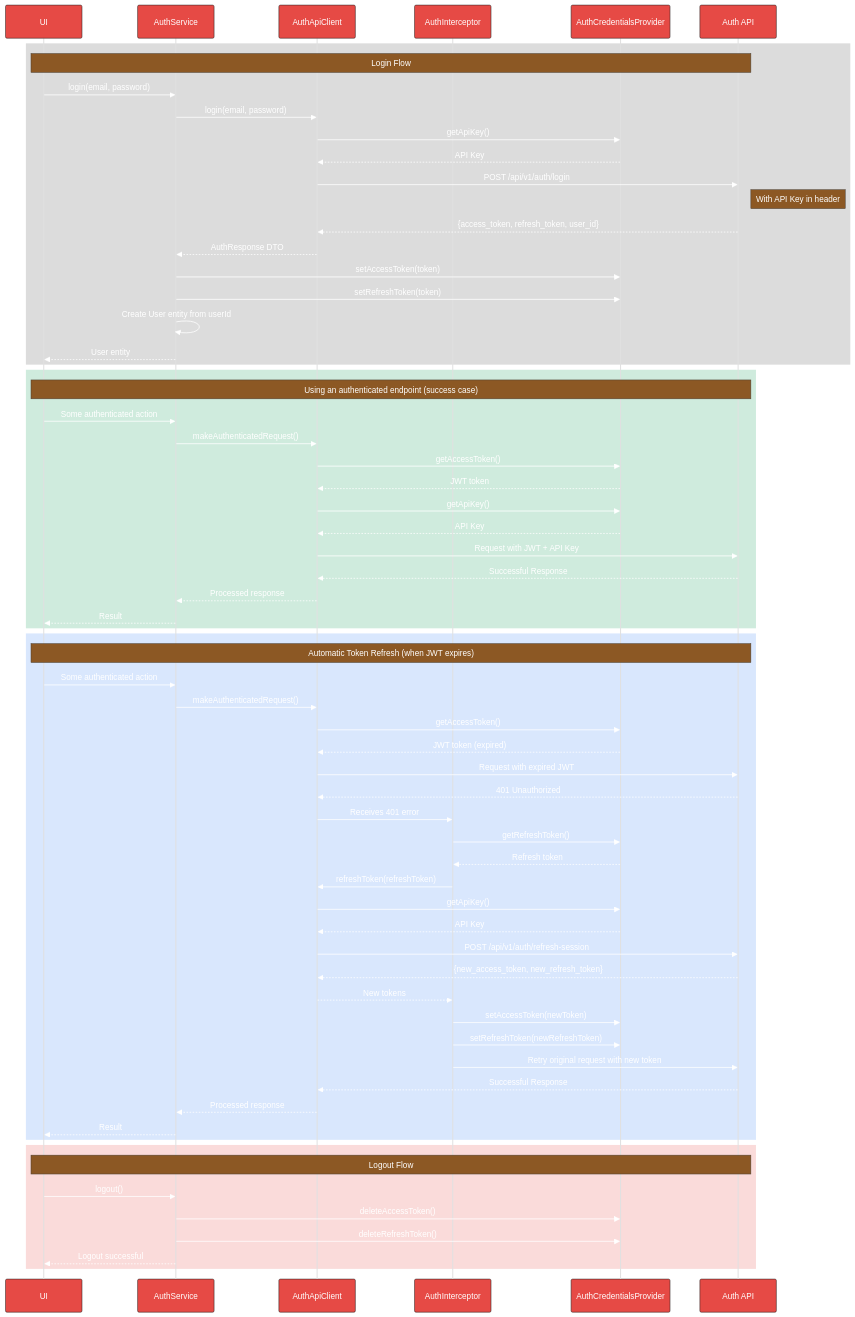
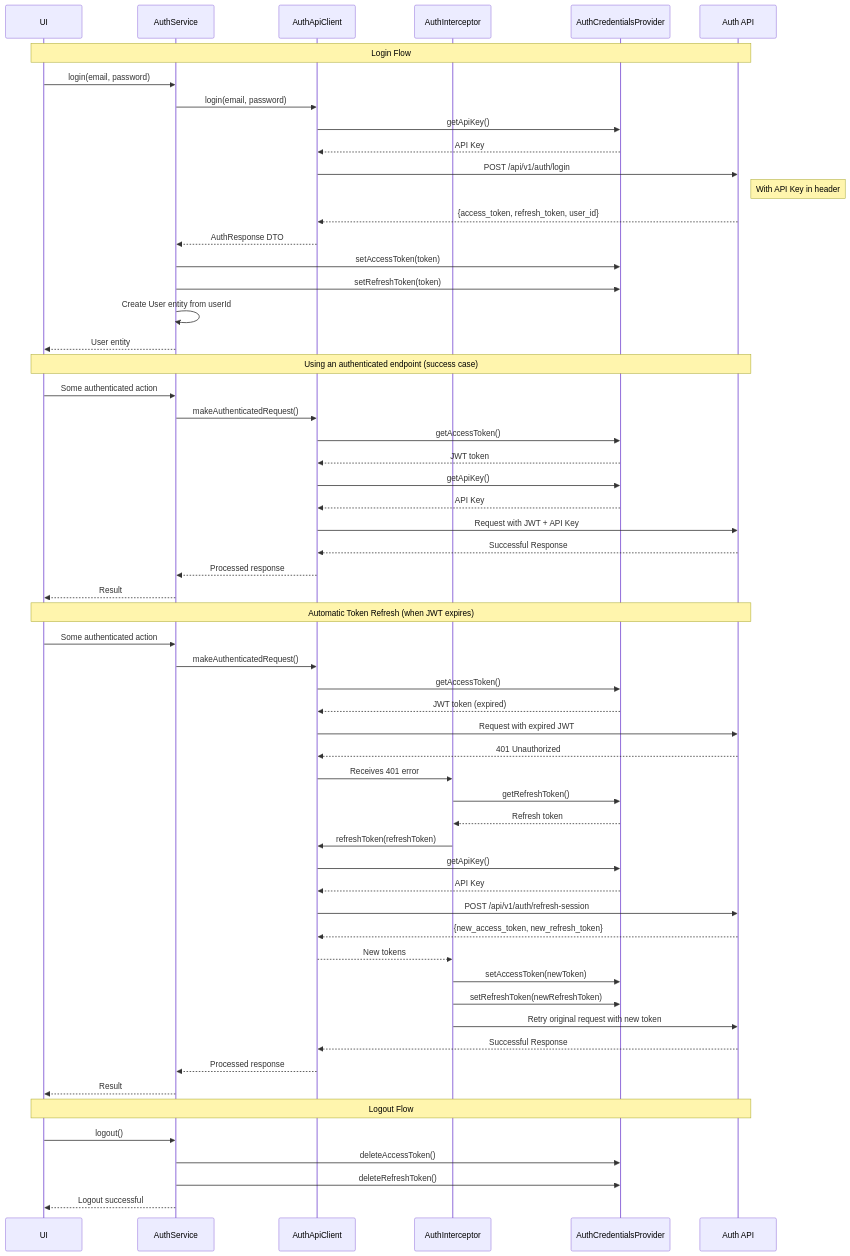
Before and after one commit to MediScribe/docjet-mobile: the second of 3 diagrams in docs/current/auth_architecture.md, drawn with Mermaid. The commit also changed other lines of this file and 3 other files, not shown here.

````diff
--- a/docs/current/auth_architecture.md
+++ b/docs/current/auth_architecture.md
@@ -59,15 +55,4 @@
 ```mermaid
-%%{init: {'theme': 'base', 'themeVariables': { 
-  'primaryColor': '#E64A45', 
-  'primaryTextColor': '#fff', 
-  'primaryBorderColor': '#222', 
-  'lineColor': '#4285F4', 
-  'secondaryColor': '#0F9D58', 
-  'tertiaryColor': '#9E9E9E',
-  'actorLineColor': '#e0e0e0',
-  'noteBkgColor': '#8C5824',      
-  'noteTextColor': '#fff'       
-}}}%%
 sequenceDiagram
     participant UI as UI
     participant AuthSvc as AuthService
@@ -77,7 +62,6 @@
     participant API as Auth API
 
     %% Login Flow
-    rect rgb(80, 80, 80, 0.2)
     Note over UI,API: Login Flow
     UI->>AuthSvc: login(email, password)
     AuthSvc->>ApiClient: login(email, password)
@@ -91,10 +75,8 @@
     AuthSvc->>CredProvider: setRefreshToken(token)
     AuthSvc->>AuthSvc: Create User entity from userId
     AuthSvc-->>UI: User entity
-    end
     
     %% Using an authenticated endpoint (success)
-    rect rgb(15, 157, 88, 0.2)
     Note over UI,API: Using an authenticated endpoint (success case)
     UI->>AuthSvc: Some authenticated action
     AuthSvc->>ApiClient: makeAuthenticatedRequest()
@@ -106,10 +88,8 @@
     API-->>ApiClient: Successful Response
     ApiClient-->>AuthSvc: Processed response
     AuthSvc-->>UI: Result
-    end
     
     %% Token Refresh Flow (automatic)
-    rect rgb(66, 133, 244, 0.2)
     Note over UI,API: Automatic Token Refresh (when JWT expires)
     UI->>AuthSvc: Some authenticated action
     AuthSvc->>ApiClient: makeAuthenticatedRequest()
@@ -132,14 +112,11 @@
     API-->>ApiClient: Successful Response
     ApiClient-->>AuthSvc: Processed response
     AuthSvc-->>UI: Result
-    end
     
     %% Logout Flow
-    rect rgb(230, 74, 69, 0.2)
     Note over UI,API: Logout Flow
     UI->>AuthSvc: logout()
     AuthSvc->>CredProvider: deleteAccessToken()
     AuthSvc->>CredProvider: deleteRefreshToken()
     AuthSvc-->>UI: Logout successful
-    end
 ```
````
